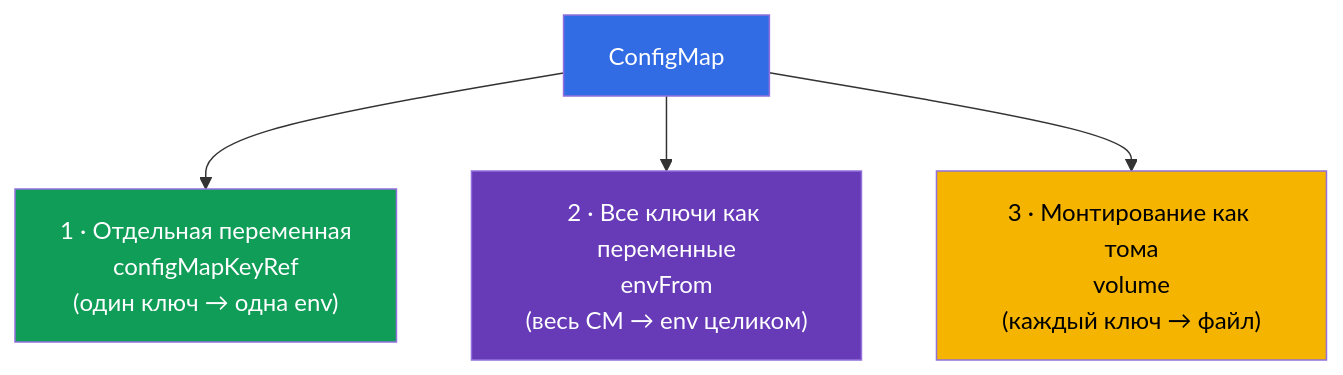
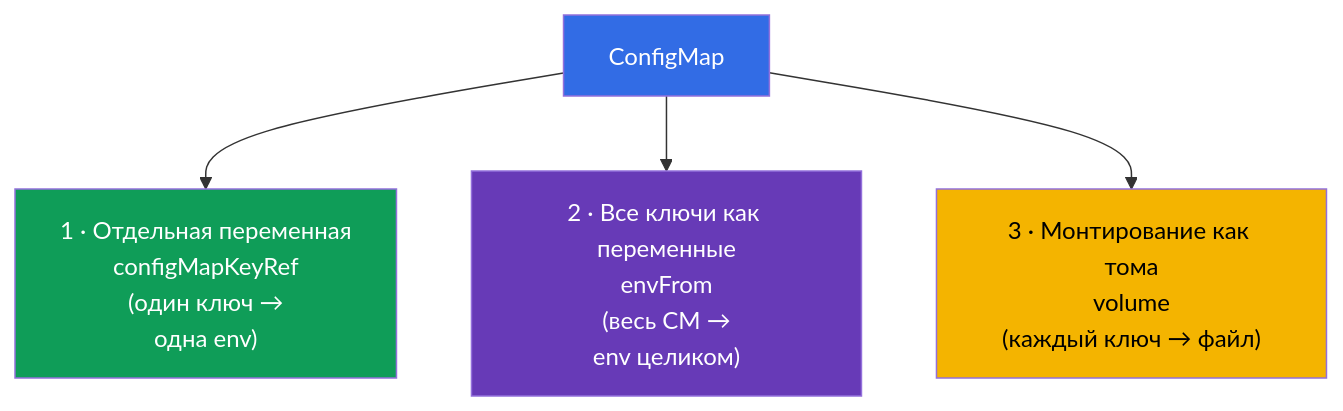
One commit to ViktorUJ/cks changed the third of 5 diagrams in tasks/cka/course/18/ru.md. Above: the diagram before and after it, drawn with Mermaid. The commit also changed other lines of this file, not shown here.

````diff
--- a/tasks/cka/course/18/ru.md
+++ b/tasks/cka/course/18/ru.md
@@ -98,11 +99,11 @@
 ```mermaid
 flowchart TB
     cm["ConfigMap"]
-    cm --> m1["1 · Отдельная переменная<br>configMapKeyRef<br>(один ключ → одна env)"]
-    cm --> m2["2 · Все ключи как переменные<br>envFrom<br>(весь CM → env целиком)"]
+    cm --> m1["1 · Отдельная переменная<br>configMapKeyRef<br>(один ключ →<br>одна env)"]
+    cm --> m2["2 · Все ключи как переменные<br>envFrom<br>(весь CM →<br>env целиком)"]
     cm --> m3["3 · Монтирование как тома<br>volume<br>(каждый ключ → файл)"]
     style cm fill:#326ce5,color:#fff
     style m1 fill:#0f9d58,color:#fff
     style m2 fill:#673ab7,color:#fff
     style m3 fill:#f4b400,color:#000
 ```
````
